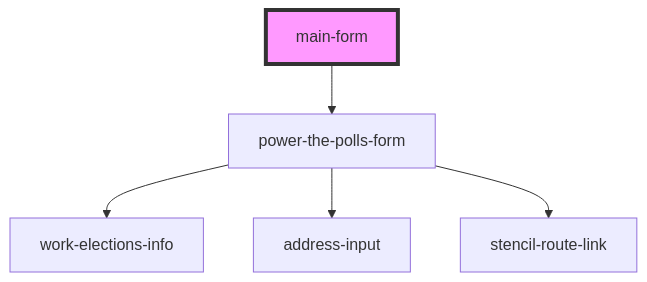
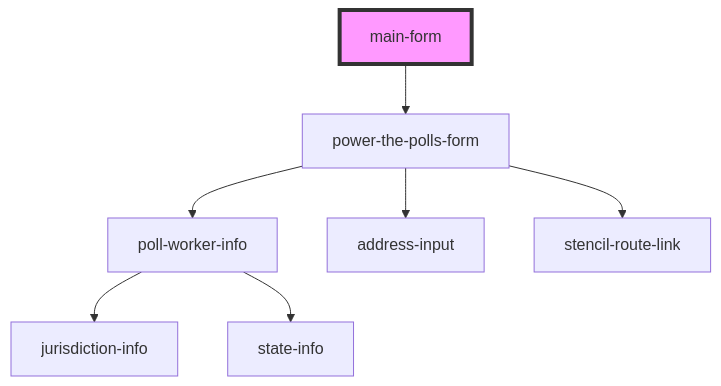
The diagram in site/src/components/pages/main-form/readme.md (pizza-to-the-polls/power-the-polls), drawn with Mermaid before and after one commit. The commit also changed 8 other files, not shown here.

Commit message:
fix env var in build; switched work elections components; reduced logging

````diff
--- a/site/src/components/pages/main-form/readme.md
+++ b/site/src/components/pages/main-form/readme.md
@@ -22,8 +22,10 @@
 ```mermaid
 graph TD;
   main-form --> power-the-polls-form
-  power-the-polls-form --> work-elections-info
+  power-the-polls-form --> poll-worker-info
   power-the-polls-form --> address-input
   power-the-polls-form --> stencil-route-link
+  poll-worker-info --> jurisdiction-info
+  poll-worker-info --> state-info
   style main-form fill:#f9f,stroke:#333,stroke-width:4px
 ```
````
